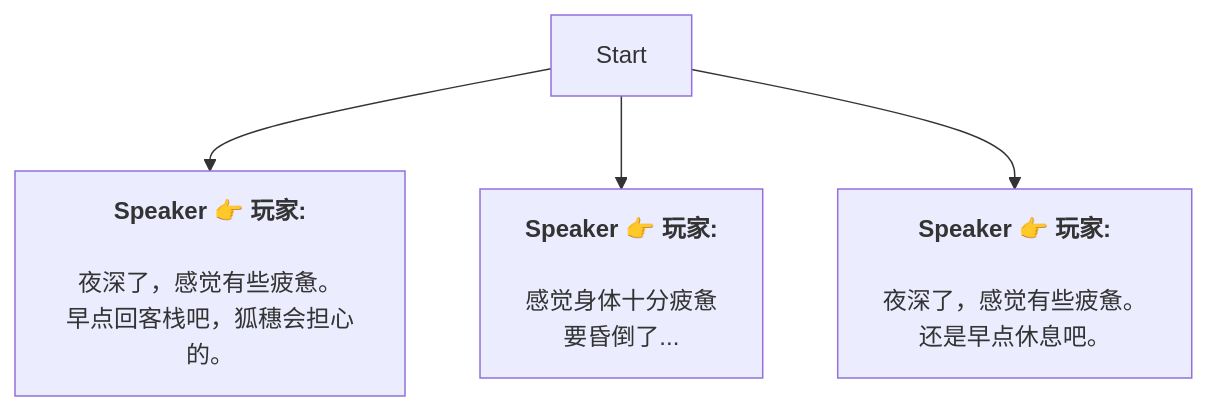
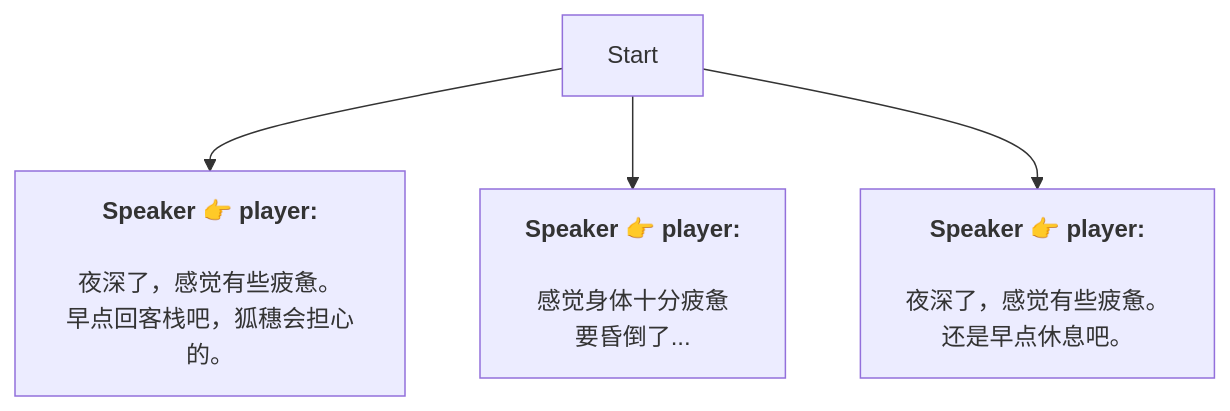
The diagram in Zh/PlayerBackground.md (SoftHu/tos_avg), drawn with Mermaid before and after one commit. The commit also changed 737 other files, not shown here.

````diff
--- a/Zh/PlayerBackground.md
+++ b/Zh/PlayerBackground.md
@@ -1,16 +1,13 @@
 ```mermaid
 graph
-Start -->1732261134497922[<b>Speaker 👉 玩家:</b>
-
-夜深了，感觉有些疲惫。
+Start -->1732261134497922[<b>Speaker 👉 player:</b>
+\n夜深了，感觉有些疲惫。
 早点回客栈吧，狐穗会担心的。]
-Start -->1732283576011879[<b>Speaker 👉 玩家:</b>
-
-感觉身体十分疲惫
+Start -->1732283576011879[<b>Speaker 👉 player:</b>
+\n感觉身体十分疲惫
 要昏倒了...]
-Start -->1740923208445142[<b>Speaker 👉 玩家:</b>
-
-夜深了，感觉有些疲惫。
+Start -->1740923208445142[<b>Speaker 👉 player:</b>
+\n夜深了，感觉有些疲惫。
 还是早点休息吧。]
 
- ```
+```
````
